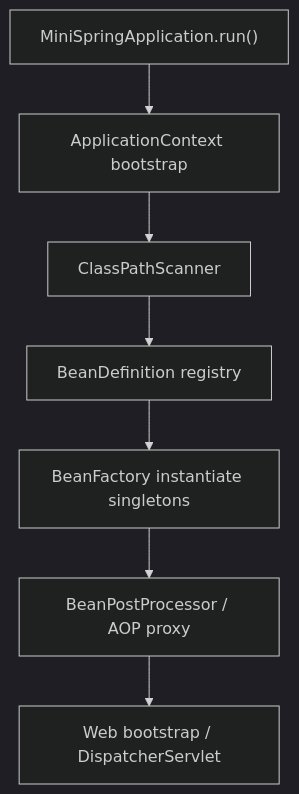
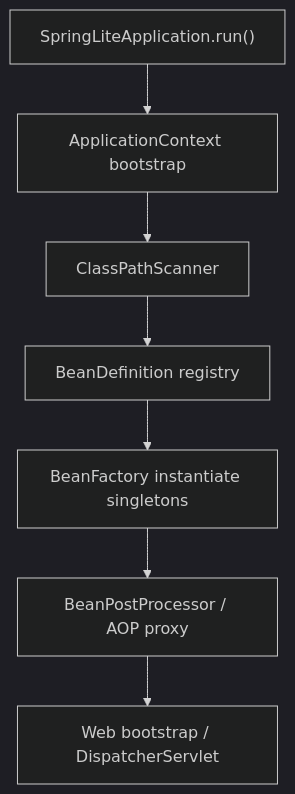
Before and after one commit to polynomeer/spring-lite: the first of 3 diagrams in docs/architecture/overview.md, drawn with Mermaid (dark theme). The commit also changed other lines of this file and 13 other files, not shown here.

Commit message:
refactor(boot): align public api names with spring-lite

````diff
--- a/docs/architecture/overview.md
+++ b/docs/architecture/overview.md
@@ -15,9 +15,9 @@
 ```mermaid
 flowchart TD
-    A["MiniSpringApplication.run()"] --> B["ApplicationContext bootstrap"]
+    A["SpringLiteApplication.run()"] --> B["ApplicationContext bootstrap"]
     B --> C["ClassPathScanner"]
     C --> D["BeanDefinition registry"]
     D --> E["BeanFactory instantiate singletons"]
     E --> F["BeanPostProcessor / AOP proxy"]
     F --> G["Web bootstrap / DispatcherServlet"]
 ```
````
